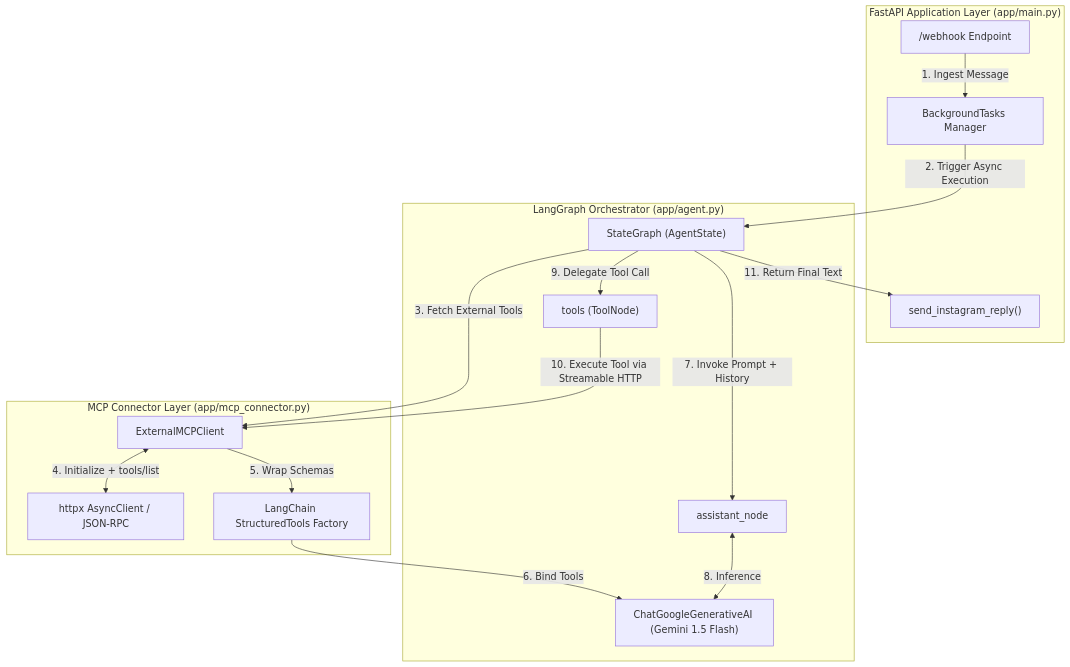
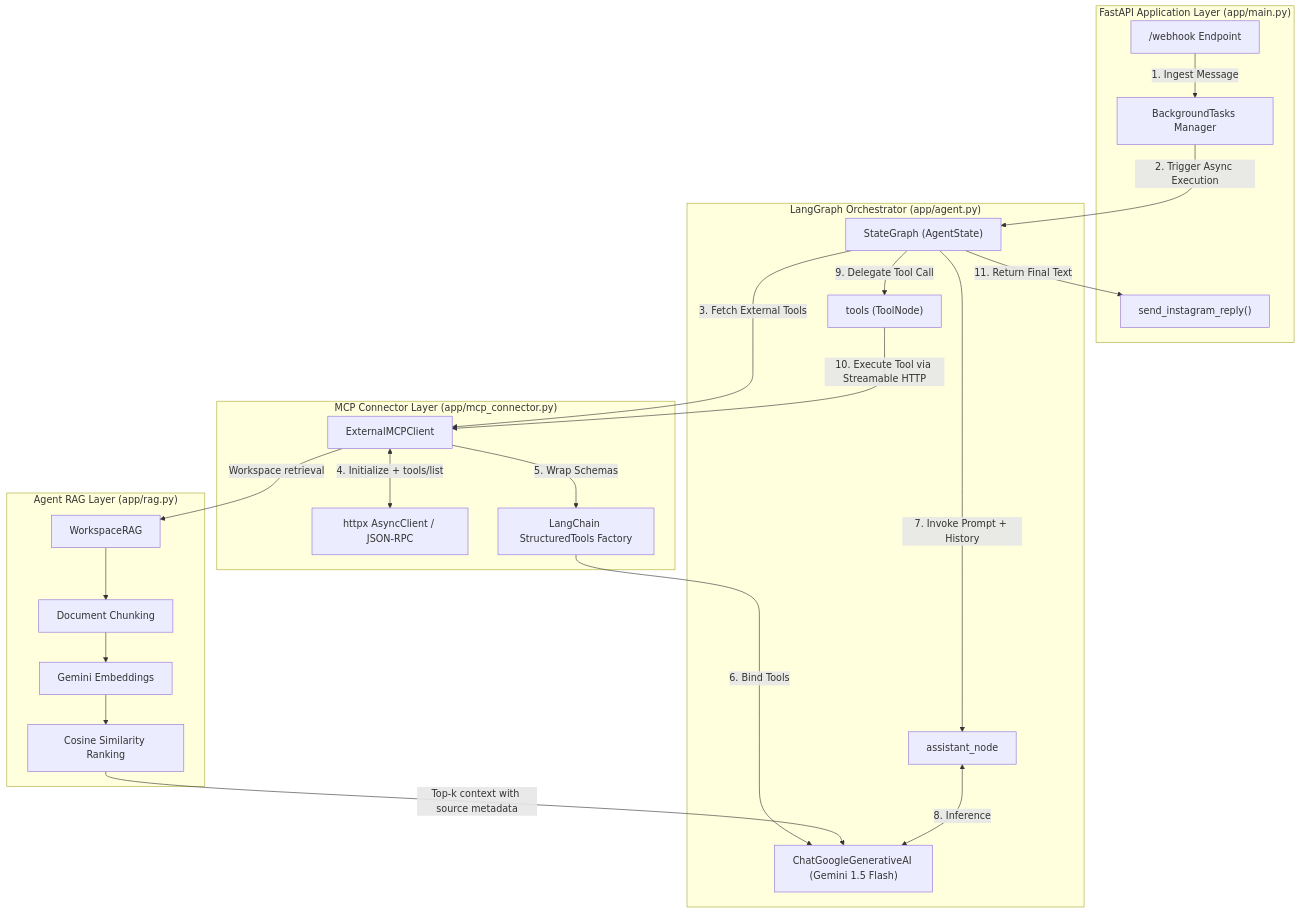
The first of 5 diagrams in docs/spec/instagram.sales_bot.md (worldhorizontechnology/services), drawn with Mermaid before and after one commit. The commit also changed other lines of this file and 11 other files, not shown here.

````diff
--- a/docs/spec/instagram.sales_bot.md
+++ b/docs/spec/instagram.sales_bot.md
@@ -41,36 +42,46 @@
 ```mermaid
 graph TB
     subgraph Web_Transport["FastAPI Application Layer (app/main.py)"]
         Webhook["/webhook Endpoint"]
         BGManager["BackgroundTasks Manager"]
         IGSender["send_instagram_reply()"]
     end
 
     subgraph LangGraph_Engine["LangGraph Orchestrator (app/agent.py)"]
         StateGraph["StateGraph (AgentState)"]
         AssistantNode["assistant_node"]
         ToolNode["tools (ToolNode)"]
         GeminiLLM["ChatGoogleGenerativeAI (Gemini 1.5 Flash)"]
     end
 
     subgraph MCP_Integration["MCP Connector Layer (app/mcp_connector.py)"]
         Client["ExternalMCPClient"]
         HTTPClient["httpx AsyncClient / JSON-RPC"]
         ToolWrapper["LangChain StructuredTools Factory"]
     end
 
+    subgraph RAG_Layer["Agent RAG Layer (app/rag.py)"]
+        WorkspaceRAG["WorkspaceRAG"]
+        Chunker["Document Chunking"]
+        Embeddings["Gemini Embeddings"]
+        Ranker["Cosine Similarity Ranking"]
+    end
+
     Webhook -->|1. Ingest Message| BGManager
     BGManager -->|2. Trigger Async Execution| StateGraph
     StateGraph -->|3. Fetch External Tools| Client
     Client <-->|4. Initialize + tools/list| HTTPClient
     Client -->|5. Wrap Schemas| ToolWrapper
     ToolWrapper -->|6. Bind Tools| GeminiLLM
+    Client -->|Workspace retrieval| WorkspaceRAG
+    WorkspaceRAG --> Chunker --> Embeddings --> Ranker
+    Ranker -->|Top-k context with source metadata| GeminiLLM
     
     StateGraph -->|7. Invoke Prompt + History| AssistantNode
     AssistantNode <-->|8. Inference| GeminiLLM
     StateGraph -->|9. Delegate Tool Call| ToolNode
     ToolNode -->|10. Execute Tool via Streamable HTTP| Client
     
     StateGraph -->|11. Return Final Text| IGSender
 
 ```
````
